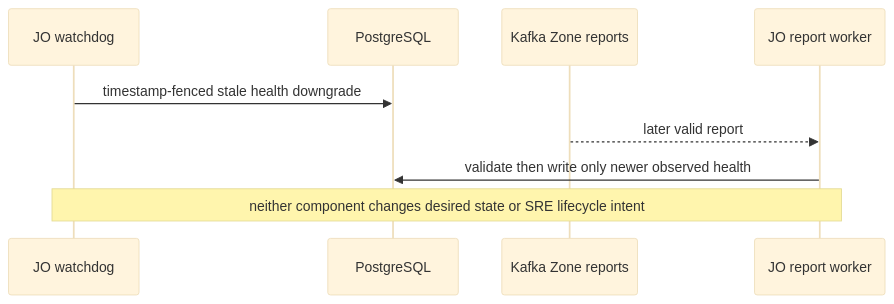
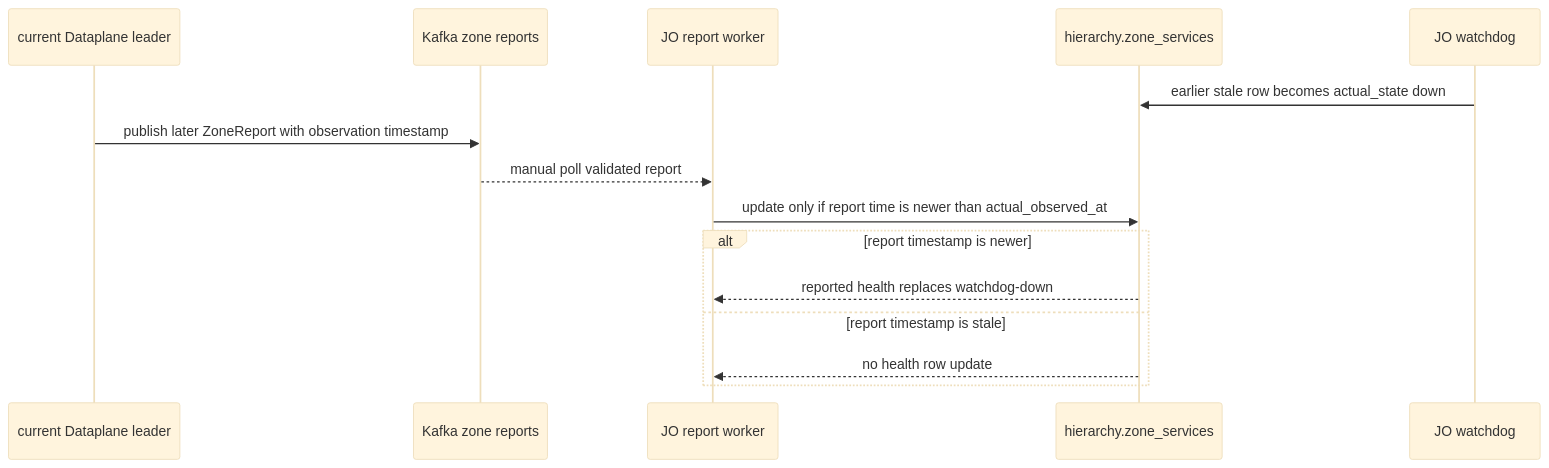
The third of 3 diagrams in god_view/zone_runtime/zone_health_watchdog_god_view_workflow.md (phucle996/aurora), drawn with Mermaid (base theme) before and after one commit. The commit also changed other lines of this file and 68 other files, not shown here.

Commit message:
refactor zone storage transfer and update architecture docs

````diff
--- a/god_view/zone_runtime/zone_health_watchdog_god_view_workflow.md
+++ b/god_view/zone_runtime/zone_health_watchdog_god_view_workflow.md
@@ -55,11 +140,18 @@
 ```mermaid
 sequenceDiagram
-    participant W as JO watchdog
-    participant PG as PostgreSQL
-    participant K as Kafka Zone reports
-    participant J as JO report worker
-    W->>PG: timestamp-fenced stale health downgrade
-    K-->>J: later valid report
-    J->>PG: validate then write only newer observed health
-    Note over W,J: neither component changes desired state or SRE lifecycle intent
+    participant DP as current Dataplane leader
+    participant K as Kafka zone reports
+    participant JR as JO report worker
+    participant PG as hierarchy.zone_services
+    participant WD as JO watchdog
+
+    WD->>PG: earlier stale row becomes actual_state down
+    DP->>K: publish later ZoneReport with observation timestamp
+    K-->>JR: manual poll validated report
+    JR->>PG: update only if report time is newer than actual_observed_at
+    alt report timestamp is newer
+        PG-->>JR: reported health replaces watchdog-down
+    else report timestamp is stale
+        PG-->>JR: no health row update
+    end
 ```
````
